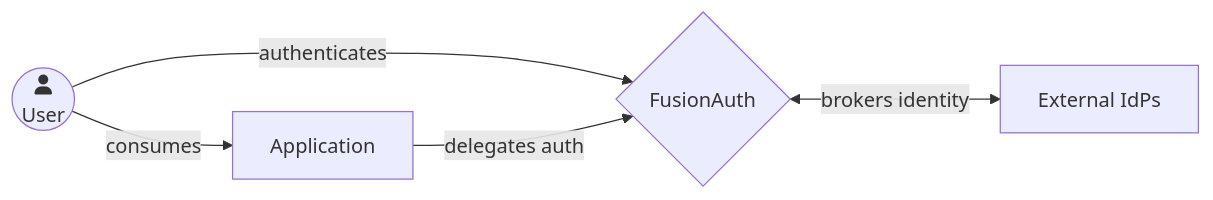
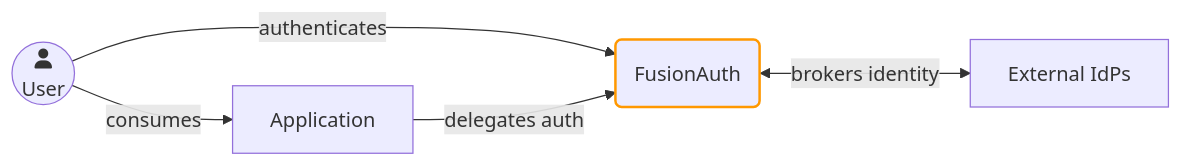
Before and after one commit to FusionAuth/fusionauth-site: the diagram in astro/src/content/docs/index.mdx, drawn with Mermaid. The commit also changed other lines of this file and 78 other files, not shown here.

````diff
--- a/astro/src/content/docs/index.mdx
+++ b/astro/src/content/docs/index.mdx
@@ -15,9 +14,10 @@
 ```mermaid title="FusionAuth connects users, applications, and identity providers"
 graph LR
-    User(("fa:fa-user<br>User")) -->|consumes| App[Application]
-    
-    User -->|authenticates| FA{FusionAuth}
+	classDef orangeBorder stroke:#ff9800,stroke-width:2px;
+    User -->|authenticates| FA(FusionAuth):::orangeBorder
     App -->|delegates auth| FA
     
     FA <-->|brokers identity| IdP[External IdPs]
+
+    User(("fa:fa-user<br>User")) -->|consumes| App[Application]
 ```
````
